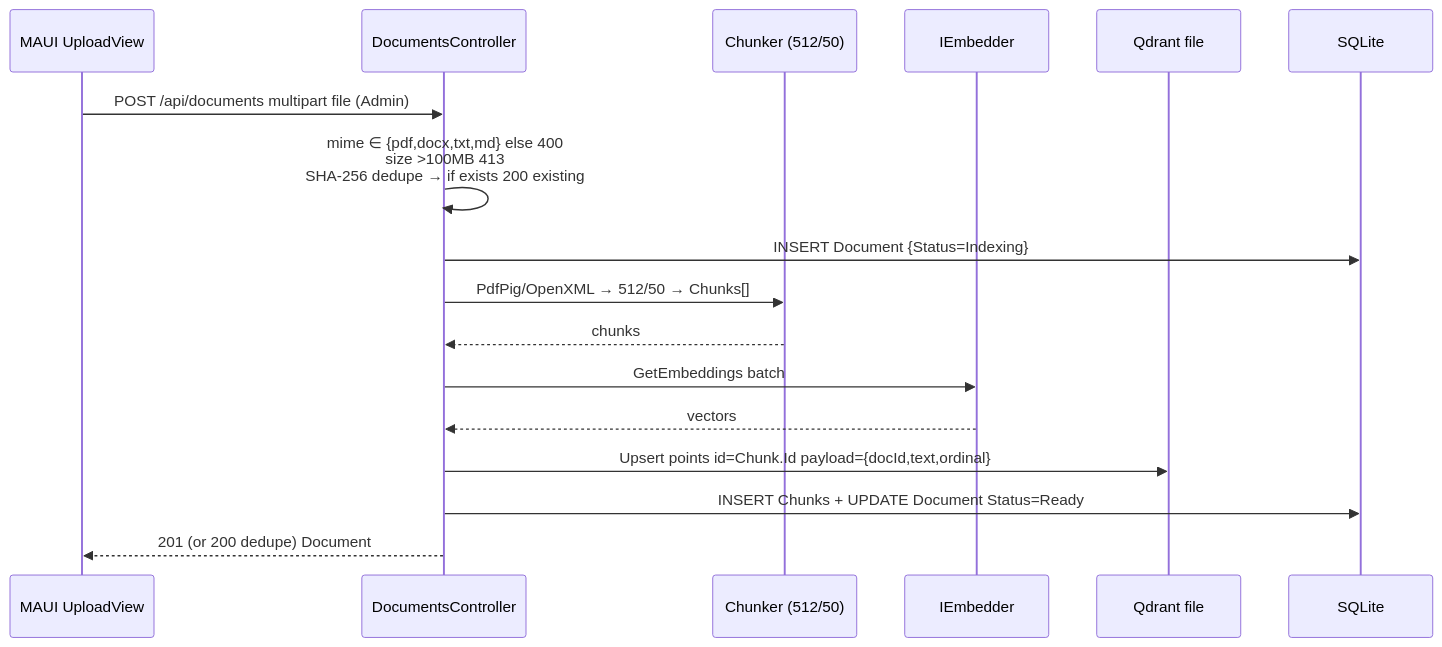
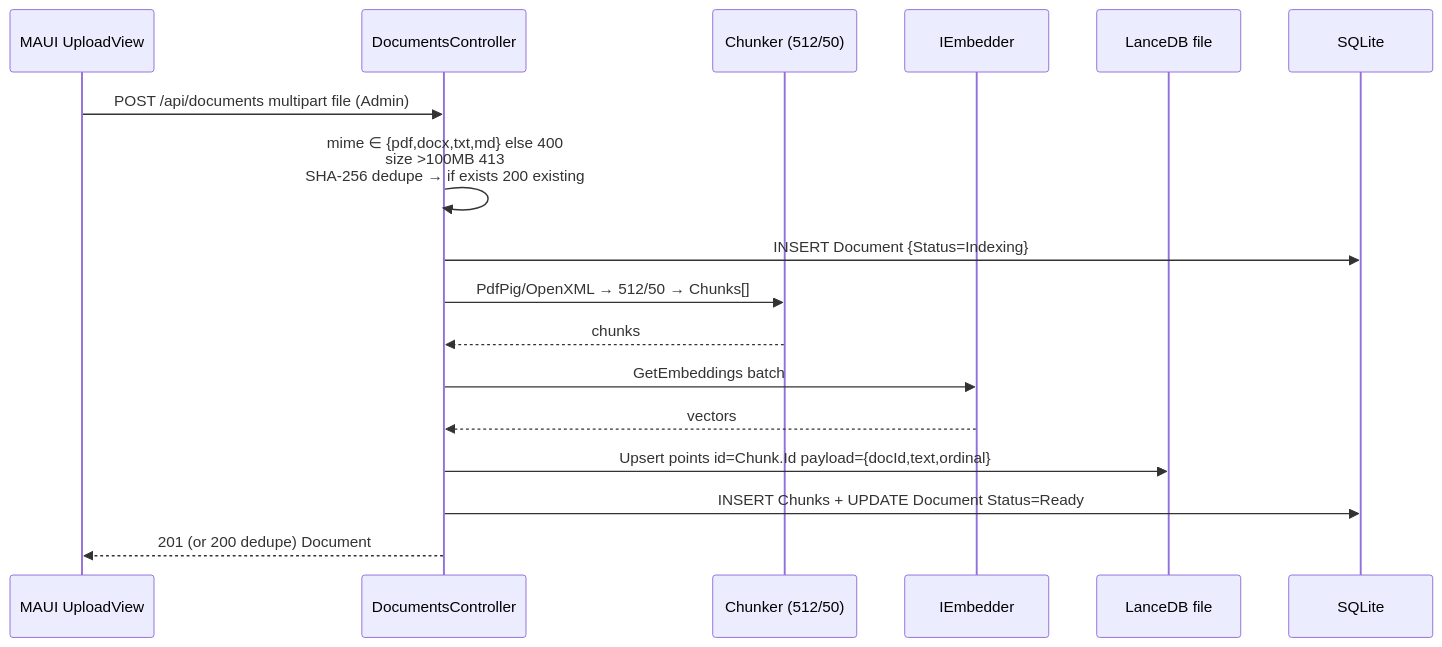
Before and after one commit to daskas-welt/raggit: the fourth of 4 diagrams in specs/001-offline-mode/architecture.md, drawn with Mermaid. The commit also changed other lines of this file and 19 other files, not shown here.

First line of the commit message:
refactor: switch vector store Qdrant -> LanceDB embedded (T008 fix)

````diff
--- a/specs/001-offline-mode/architecture.md
+++ b/specs/001-offline-mode/architecture.md
@@ -80,20 +80,20 @@
 ```mermaid
 sequenceDiagram
     participant C as MAUI UploadView
     participant A as DocumentsController
     participant K as Chunker (512/50)
     participant E as IEmbedder
-    participant V as Qdrant file
+    participant V as LanceDB file
     participant D as SQLite
 
     C->>A: POST /api/documents multipart file (Admin)
     A->>A: mime ∈ {pdf,docx,txt,md} else 400<br/>size >100MB 413<br/>SHA-256 dedupe → if exists 200 existing
     A->>D: INSERT Document {Status=Indexing}
     A->>K: PdfPig/OpenXML → 512/50 → Chunks[]
     K-->>A: chunks
     A->>E: GetEmbeddings batch
     E-->>A: vectors
     A->>V: Upsert points id=Chunk.Id payload={docId,text,ordinal}
     A->>D: INSERT Chunks + UPDATE Document Status=Ready
     A-->>C: 201 (or 200 dedupe) Document
 ```
````
